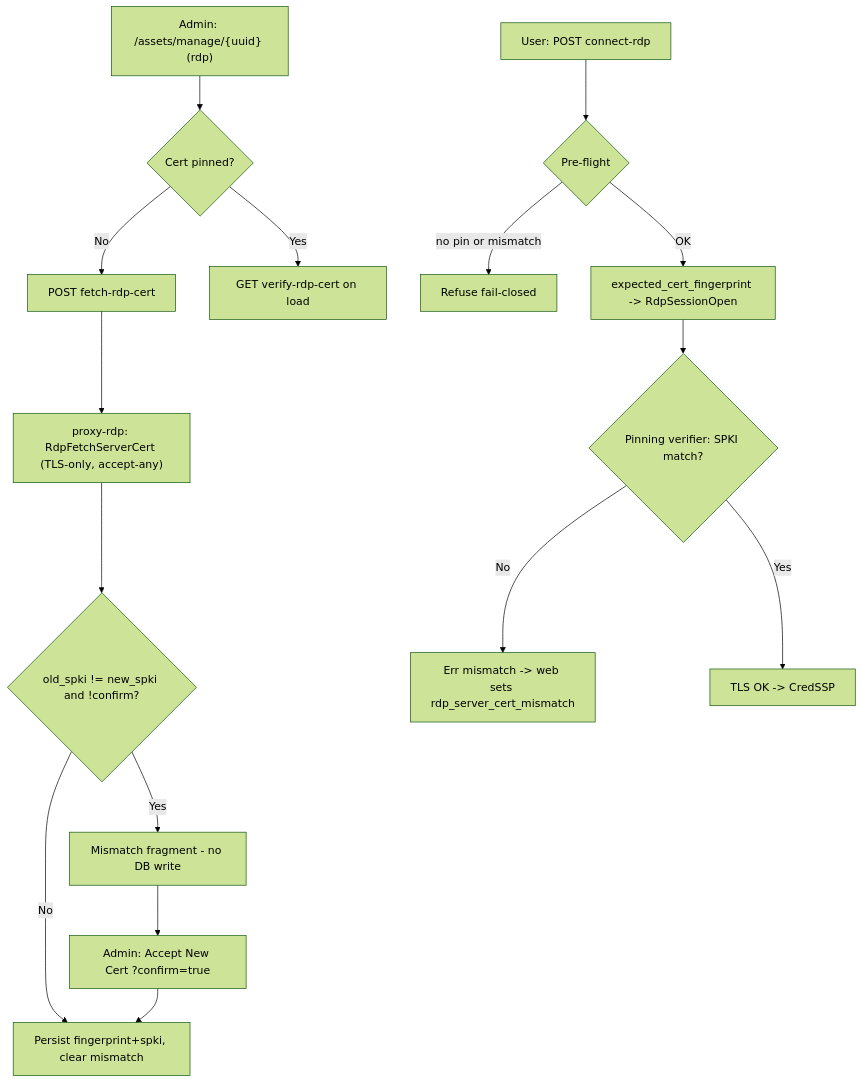
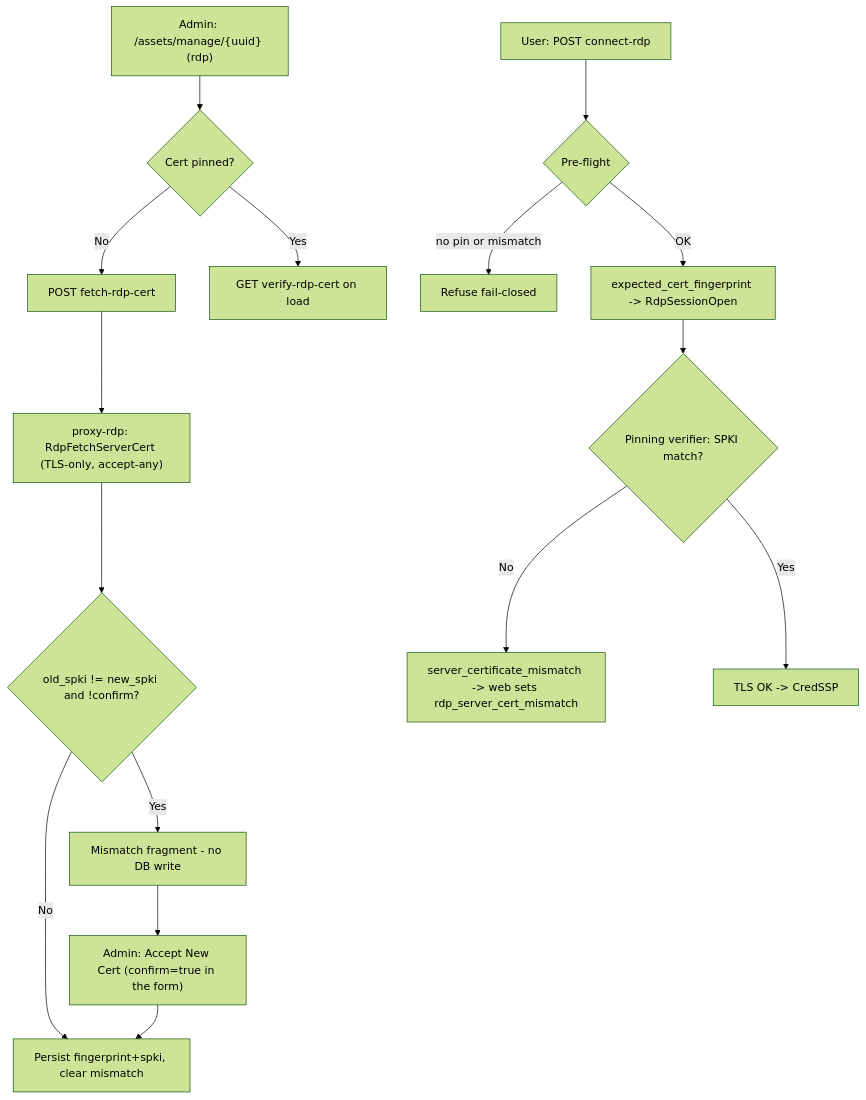
Diagram 14 of 15 in docs/technical/Vauban_RDP_Architecture_EN(1.0).md (rbenaley/Vauban), drawn with Mermaid (forest theme) before and after one commit. The commit also changed other lines of this file and 6 other files, not shown here.

````diff
--- a/docs/technical/Vauban_RDP_Architecture_EN(1.0).md
+++ b/docs/technical/Vauban_RDP_Architecture_EN(1.0).md
@@ -1141,17 +1141,17 @@
 ```mermaid
 flowchart TD
     A["Admin: /assets/manage/{uuid} (rdp)"] --> B{Cert pinned?}
     B -->|No| C["POST fetch-rdp-cert"]
     B -->|Yes| D["GET verify-rdp-cert on load"]
     C --> E["proxy-rdp: RdpFetchServerCert (TLS-only, accept-any)"]
     E --> F{old_spki != new_spki and !confirm?}
     F -->|Yes| G["Mismatch fragment - no DB write"]
     F -->|No| H["Persist fingerprint+spki, clear mismatch"]
-    G --> I["Admin: Accept New Cert ?confirm=true"] --> H
+    G --> I["Admin: Accept New Cert (confirm=true in the form)"] --> H
     M["User: POST connect-rdp"] --> N{Pre-flight}
     N -->|no pin or mismatch| O["Refuse fail-closed"]
     N -->|OK| P["expected_cert_fingerprint -> RdpSessionOpen"]
     P --> Q{Pinning verifier: SPKI match?}
-    Q -->|No| R["Err mismatch -> web sets rdp_server_cert_mismatch"]
+    Q -->|No| R["server_certificate_mismatch -> web sets rdp_server_cert_mismatch"]
     Q -->|Yes| S["TLS OK -> CredSSP"]
 ```
````
